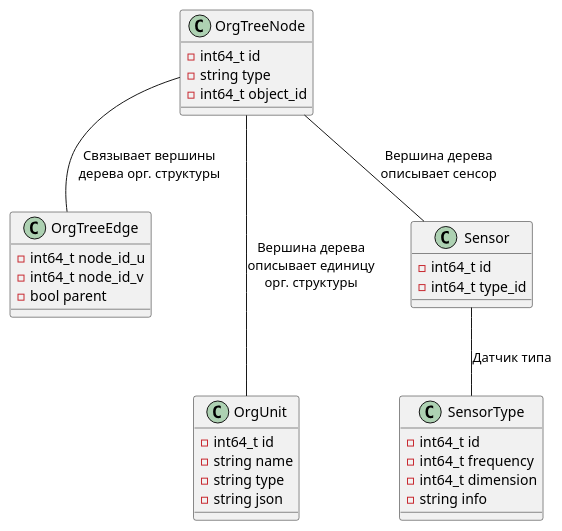
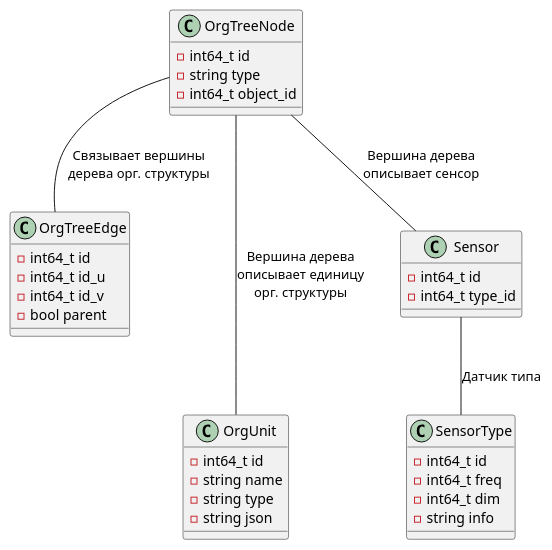
The diagram in datamodel.md (EngineerXL/diploma), drawn with PlantUML before and after one commit. The commit also changed 4 other files, not shown here.

````diff
--- a/datamodel.md
+++ b/datamodel.md
@@ -5,42 +5,43 @@
 ```plantuml
 @startuml
 class OrgTreeEdge {
-  -int64_t node_id_u
-  -int64_t node_id_v
+  -int64_t id
+  -int64_t id_u
+  -int64_t id_v
   -bool parent
 }
 
 class OrgTreeNode {
   -int64_t id
   -string type
   -int64_t object_id
 }
 
 class OrgUnit {
   -int64_t id
   -string name   
   -string type
   -string json
 }
 
 class Sensor{
  -int64_t id
  -int64_t type_id
 }
 
 class SensorType{
   -int64_t id
-  -int64_t frequency
-  -int64_t dimension
+  -int64_t freq
+  -int64_t dim
   -string info
 }
 
 OrgTreeNode -- OrgTreeEdge: "Связывает вершины\nдерева орг. структуры"
 
 OrgTreeNode --- OrgUnit: "Вершина дерева\nописывает единицу\nорг. структуры"
 
 OrgTreeNode -- Sensor: "Вершина дерева\nописывает сенсор"
 
 Sensor -- SensorType: "Датчик типа"
 @enduml
 ```
````
